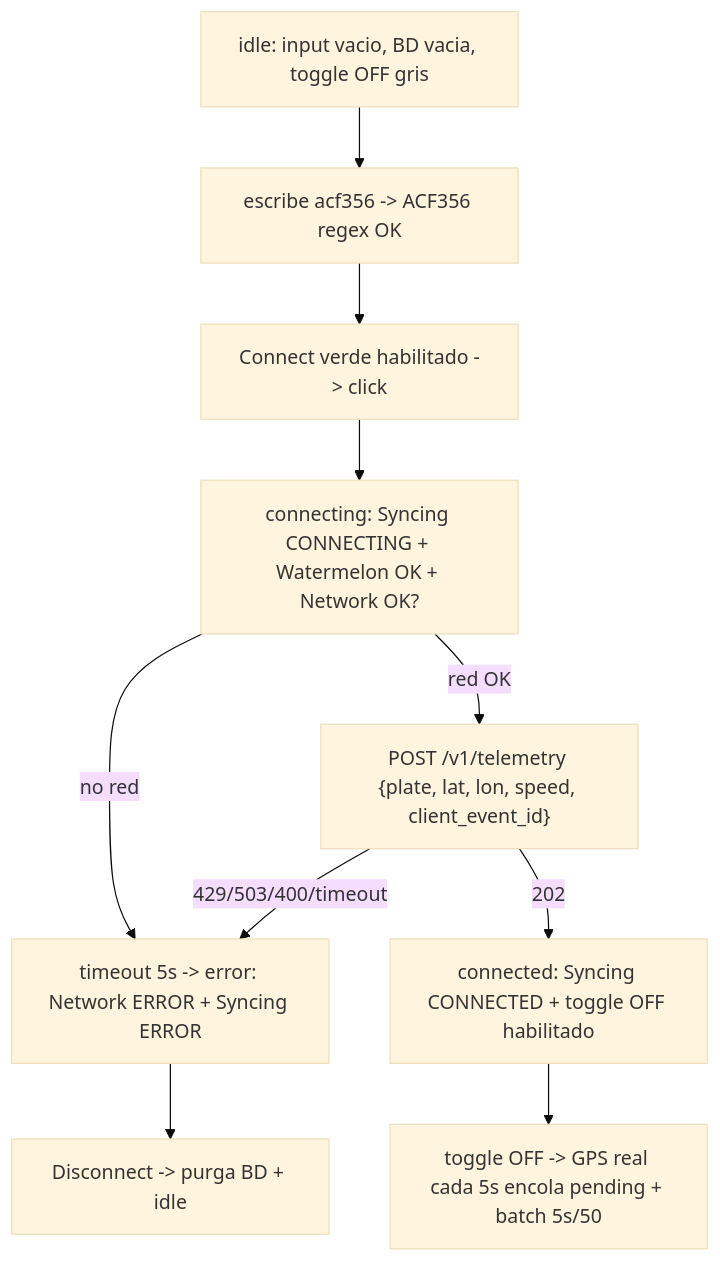
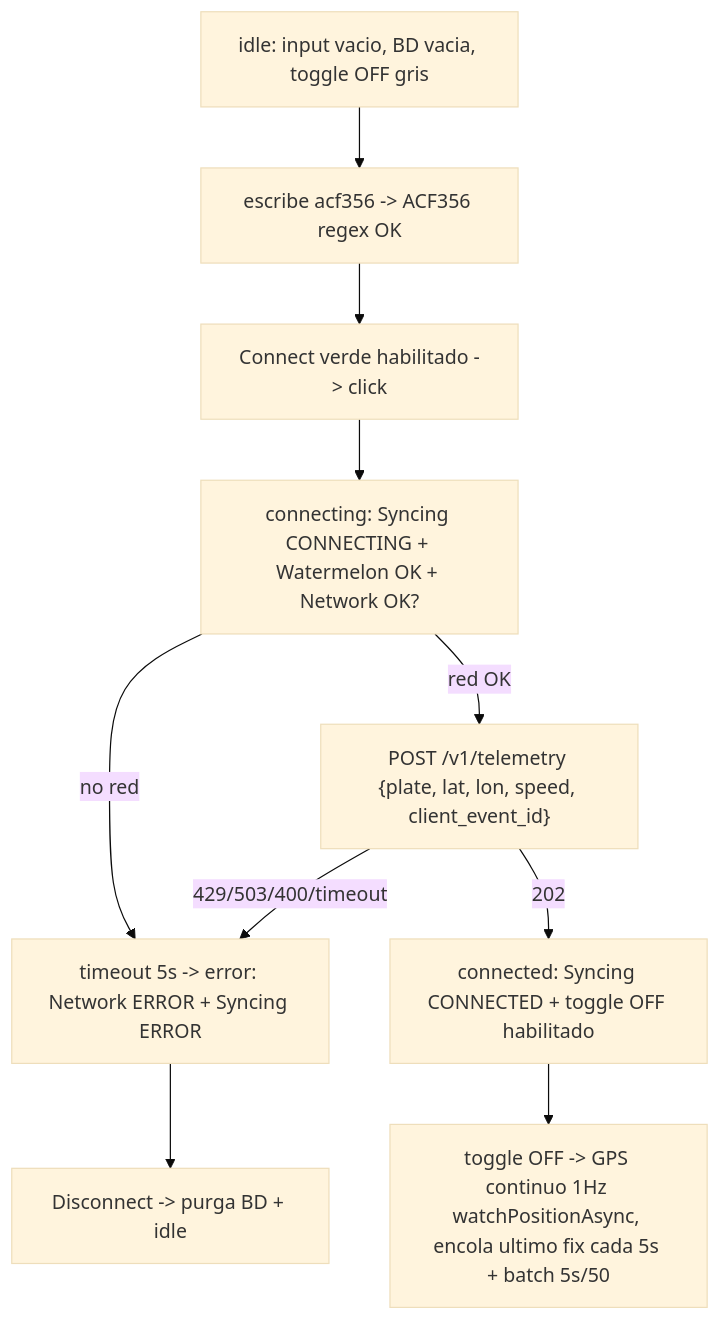
One commit to hfelipeserna/fleet-monitoring-platform changed the first of 5 diagrams in docs/specs/SPEC-005-mobile-offline-first/spec.md. Above: the diagram before and after it, drawn with Mermaid (base theme). The commit also changed other lines of this file and 15 other files, not shown here.

````diff
--- a/docs/specs/SPEC-005-mobile-offline-first/spec.md
+++ b/docs/specs/SPEC-005-mobile-offline-first/spec.md
@@ -177,12 +177,12 @@
 ```mermaid
 flowchart TD
   A["idle: input vacio, BD vacia, toggle OFF gris"] --> B["escribe acf356 -> ACF356 regex OK"]
   B --> C["Connect verde habilitado -> click"]
   C --> D["connecting: Syncing CONNECTING + Watermelon OK + Network OK?"]
   D -->|"no red"| E["timeout 5s -> error: Network ERROR + Syncing ERROR"]
   D -->|"red OK"| F["POST /v1/telemetry {plate, lat, lon, speed, client_event_id}"]
   F -->|"202"| G["connected: Syncing CONNECTED + toggle OFF habilitado"]
   F -->|"429/503/400/timeout"| E
-  G --> H["toggle OFF -> GPS real cada 5s encola pending + batch 5s/50"]
+  G --> H["toggle OFF -> GPS continuo 1Hz watchPositionAsync, encola ultimo fix cada 5s + batch 5s/50"]
   E --> I["Disconnect -> purga BD + idle"]
 ```
````
